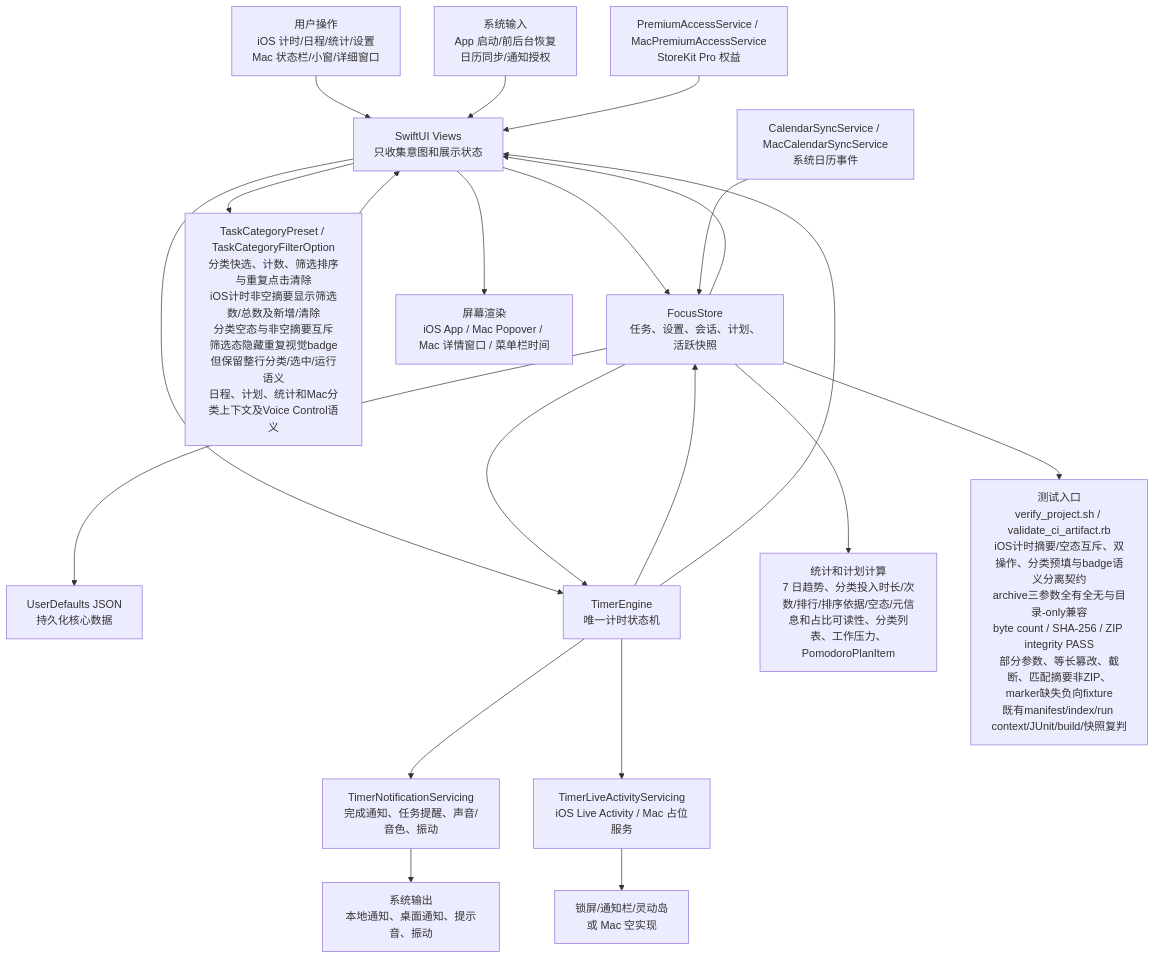
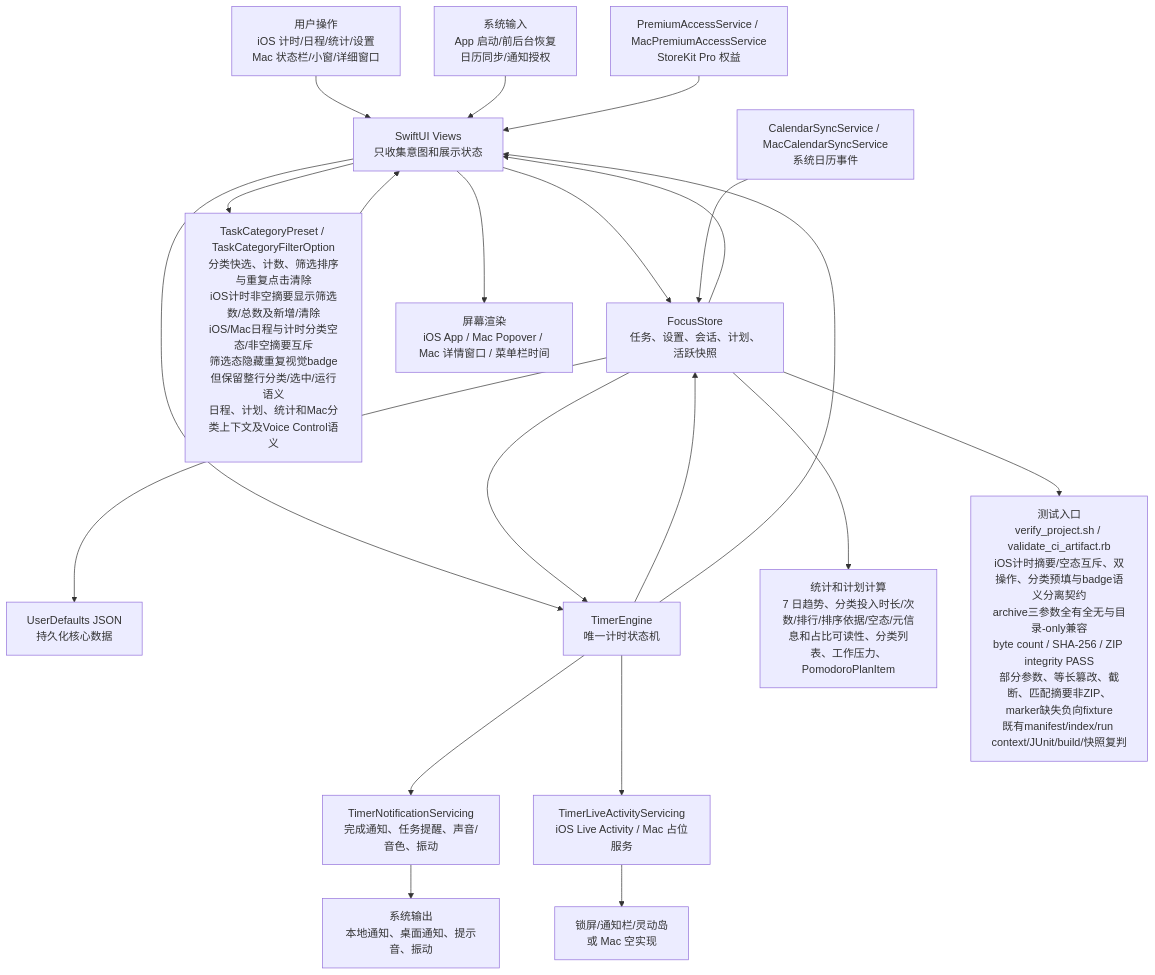
One commit to Altman-sam114/114 changed the first of 6 diagrams in md/flow/flowchart.md. Above: the diagram before and after it, drawn with Mermaid. The commit also changed other lines of this file and 11 other files, not shown here.

````diff
--- a/md/flow/flowchart.md
+++ b/md/flow/flowchart.md
@@ -9,23 +9,23 @@
 ```mermaid
 flowchart TD
   U["用户操作<br/>iOS 计时/日程/统计/设置<br/>Mac 状态栏/小窗/详细窗口"] --> V["SwiftUI Views<br/>只收集意图和展示状态"]
   SYS["系统输入<br/>App 启动/前后台恢复<br/>日历同步/通知授权"] --> V
   V --> S["FocusStore<br/>任务、设置、会话、计划、活跃快照"]
-  V --> CAT["TaskCategoryPreset / TaskCategoryFilterOption<br/>分类快选、计数、筛选排序与重复点击清除<br/>iOS计时非空摘要显示筛选数/总数及新增/清除<br/>分类空态与非空摘要互斥<br/>筛选态隐藏重复视觉badge但保留整行分类/选中/运行语义<br/>日程、计划、统计和Mac分类上下文及Voice Control语义"]
+  V --> CAT["TaskCategoryPreset / TaskCategoryFilterOption<br/>分类快选、计数、筛选排序与重复点击清除<br/>iOS计时非空摘要显示筛选数/总数及新增/清除<br/>iOS/Mac日程与计时分类空态/非空摘要互斥<br/>筛选态隐藏重复视觉badge但保留整行分类/选中/运行语义<br/>日程、计划、统计和Mac分类上下文及Voice Control语义"]
   CAT --> V
   S --> P["UserDefaults JSON<br/>持久化核心数据"]
   V --> E["TimerEngine<br/>唯一计时状态机"]
   S --> E
   E --> S
   E --> N["TimerNotificationServicing<br/>完成通知、任务提醒、声音/音色、振动"]
   E --> L["TimerLiveActivityServicing<br/>iOS Live Activity / Mac 占位服务"]
   S --> C["统计和计划计算<br/>7 日趋势、分类投入时长/次数/排行/排序依据/空态/元信息和占比可读性、分类列表、工作压力、PomodoroPlanItem"]
   CAL["CalendarSyncService / MacCalendarSyncService<br/>系统日历事件"] --> S
   PRO["PremiumAccessService / MacPremiumAccessService<br/>StoreKit Pro 权益"] --> V
   S --> V
   E --> V
   V --> OUT["屏幕渲染<br/>iOS App / Mac Popover / Mac 详情窗口 / 菜单栏时间"]
   N --> OUT2["系统输出<br/>本地通知、桌面通知、提示音、振动"]
   L --> OUT3["锁屏/通知栏/灵动岛<br/>或 Mac 空实现"]
   S --> T["测试入口<br/>verify_project.sh / validate_ci_artifact.rb<br/>iOS计时摘要/空态互斥、双操作、分类预填与badge语义分离契约<br/>archive三参数全有全无与目录-only兼容<br/>byte count / SHA-256 / ZIP integrity PASS<br/>部分参数、等长篡改、截断、匹配摘要非ZIP、marker缺失负向fixture<br/>既有manifest/index/run context/JUnit/build/快照复判"]
 ```
````
